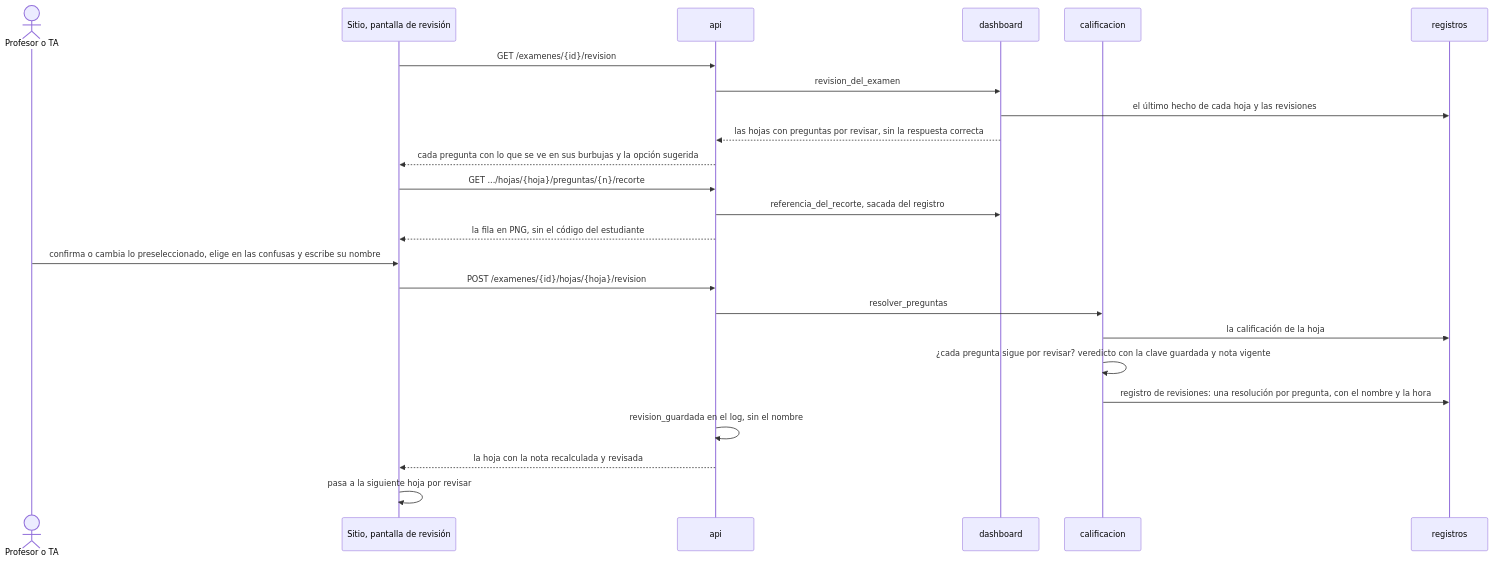
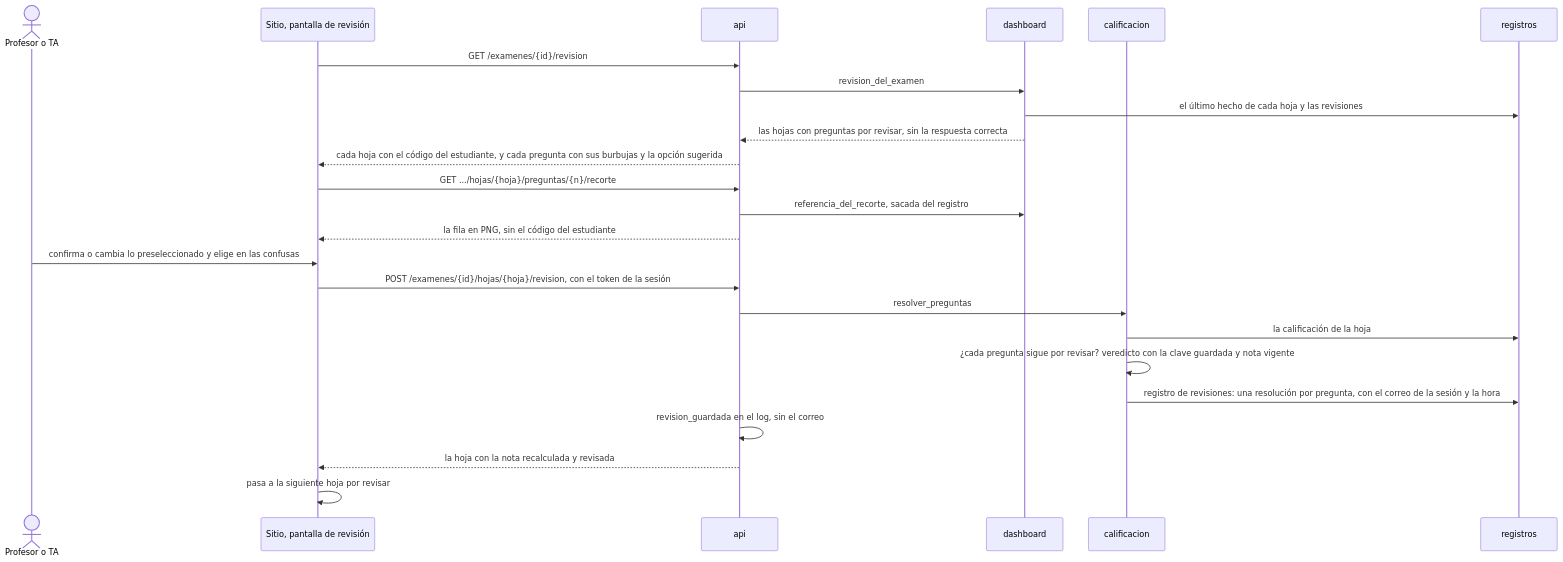
One commit to ISCOUTB/AS_202620_Sistema-de-calificacion-automatica changed the sixth of 10 diagrams in docs/arc42/arc42-template-ES.md. Above: the diagram before and after it, drawn with Mermaid. The commit also changed other lines of this file, not shown here.

First line of the commit message:
docs(arc42): registrar la entrada con sesión y la clave desde la aplicación en el arc42

````diff
--- a/docs/arc42/arc42-template-ES.md
+++ b/docs/arc42/arc42-template-ES.md
@@ -842,26 +846,26 @@
 ```mermaid
 sequenceDiagram
     actor P as Profesor o TA
     participant S as Sitio, pantalla de revisión
     participant API as api
     participant D as dashboard
     participant C as calificacion
     participant R as registros
     S->>API: GET /examenes/{id}/revision
     API->>D: revision_del_examen
     D->>R: el último hecho de cada hoja y las revisiones
     D-->>API: las hojas con preguntas por revisar, sin la respuesta correcta
-    API-->>S: cada pregunta con lo que se ve en sus burbujas y la opción sugerida
+    API-->>S: cada hoja con el código del estudiante, y cada pregunta con sus burbujas y la opción sugerida
     S->>API: GET .../hojas/{hoja}/preguntas/{n}/recorte
     API->>D: referencia_del_recorte, sacada del registro
     API-->>S: la fila en PNG, sin el código del estudiante
-    P->>S: confirma o cambia lo preseleccionado, elige en las confusas y escribe su nombre
-    S->>API: POST /examenes/{id}/hojas/{hoja}/revision
+    P->>S: confirma o cambia lo preseleccionado y elige en las confusas
+    S->>API: POST /examenes/{id}/hojas/{hoja}/revision, con el token de la sesión
     API->>C: resolver_preguntas
     C->>R: la calificación de la hoja
     C->>C: ¿cada pregunta sigue por revisar? veredicto con la clave guardada y nota vigente
-    C->>R: registro de revisiones: una resolución por pregunta, con el nombre y la hora
-    API->>API: revision_guardada en el log, sin el nombre
+    C->>R: registro de revisiones: una resolución por pregunta, con el correo de la sesión y la hora
+    API->>API: revision_guardada en el log, sin el correo
     API-->>S: la hoja con la nota recalculada y revisada
     S->>S: pasa a la siguiente hoja por revisar
 ```
````
